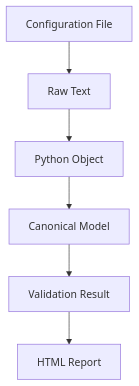
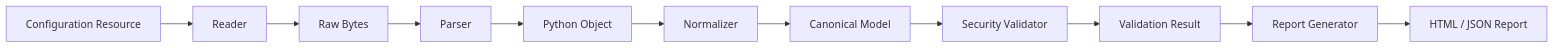
The second of 3 diagrams in README.md (truongtranit/security-configuration-inspector), drawn with Mermaid before and after one commit. The commit also changed other lines of this file and 17 other files, not shown here.

Commit message:
Add architecture documentation and reader exceptions

````diff
--- a/README.md
+++ b/README.md
@@ -64,10 +41,24 @@
 ```mermaid
-flowchart TD
+flowchart LR
 
-A[Configuration File]
---> B[Raw Text]
---> C[Python Object]
---> D[Canonical Model]
---> E[Validation Result]
---> F[HTML Report]
+    A["Configuration Resource"]
+    --> B["Reader"]
+
+    B --> C["Raw Bytes"]
+
+    C --> D["Parser"]
+
+    D --> E["Python Object"]
+
+    E --> F["Normalizer"]
+
+    F --> G["Canonical Model"]
+
+    G --> H["Security Validator"]
+
+    H --> I["Validation Result"]
+
+    I --> J["Report Generator"]
+
+    J --> K["HTML / JSON Report"]
 ```
````
